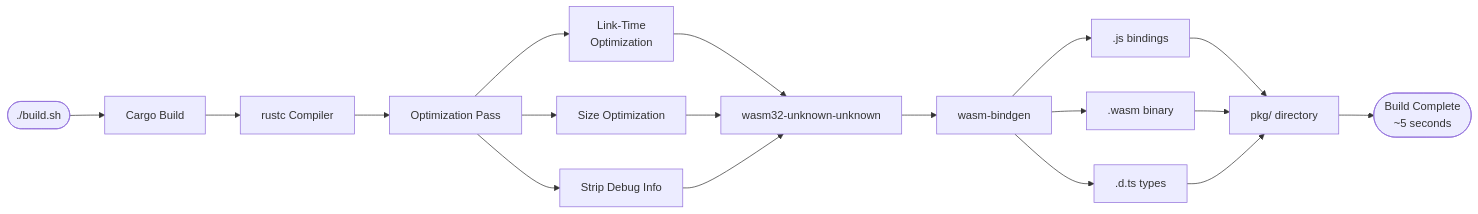
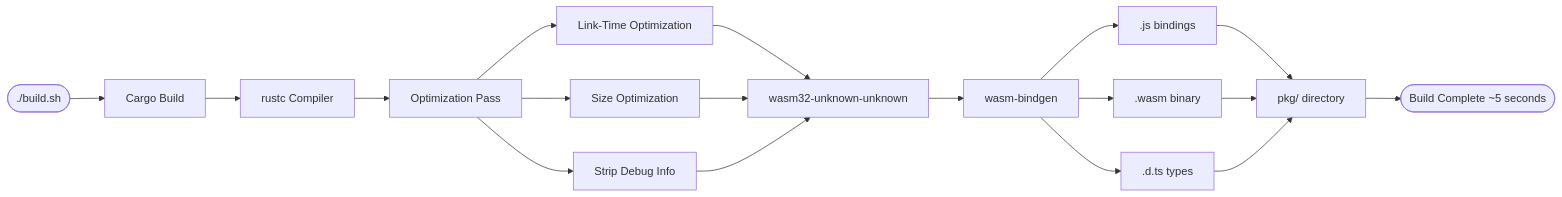
One commit to softwarewrighter/rust-wasm-monitor changed the seventh of 11 diagrams in wiki/Architecture.md. Above: the diagram before and after it, drawn with Mermaid. The commit also changed other lines of this file and 6 other files, not shown here.

````diff
--- a/wiki/Architecture.md
+++ b/wiki/Architecture.md
@@ -372,26 +372,26 @@
 ```mermaid
 flowchart LR
     START([./build.sh]) --> CARGO[Cargo Build]
 
     CARGO --> RUSTC[rustc Compiler]
     RUSTC --> OPT[Optimization Pass]
 
-    OPT --> LTO[Link-Time<br/>Optimization]
+    OPT --> LTO[Link-Time Optimization]
     OPT --> SIZE[Size Optimization]
     OPT --> STRIP[Strip Debug Info]
 
     LTO --> WASM32[wasm32-unknown-unknown]
     SIZE --> WASM32
     STRIP --> WASM32
 
     WASM32 --> BINDGEN[wasm-bindgen]
     BINDGEN --> JS[.js bindings]
     BINDGEN --> WASMBIN[.wasm binary]
     BINDGEN --> DTS[.d.ts types]
 
     JS --> PKG[pkg/ directory]
     WASMBIN --> PKG
     DTS --> PKG
 
-    PKG --> END([Build Complete<br/>~5 seconds])
+    PKG --> END([Build Complete ~5 seconds])
 ```
````
